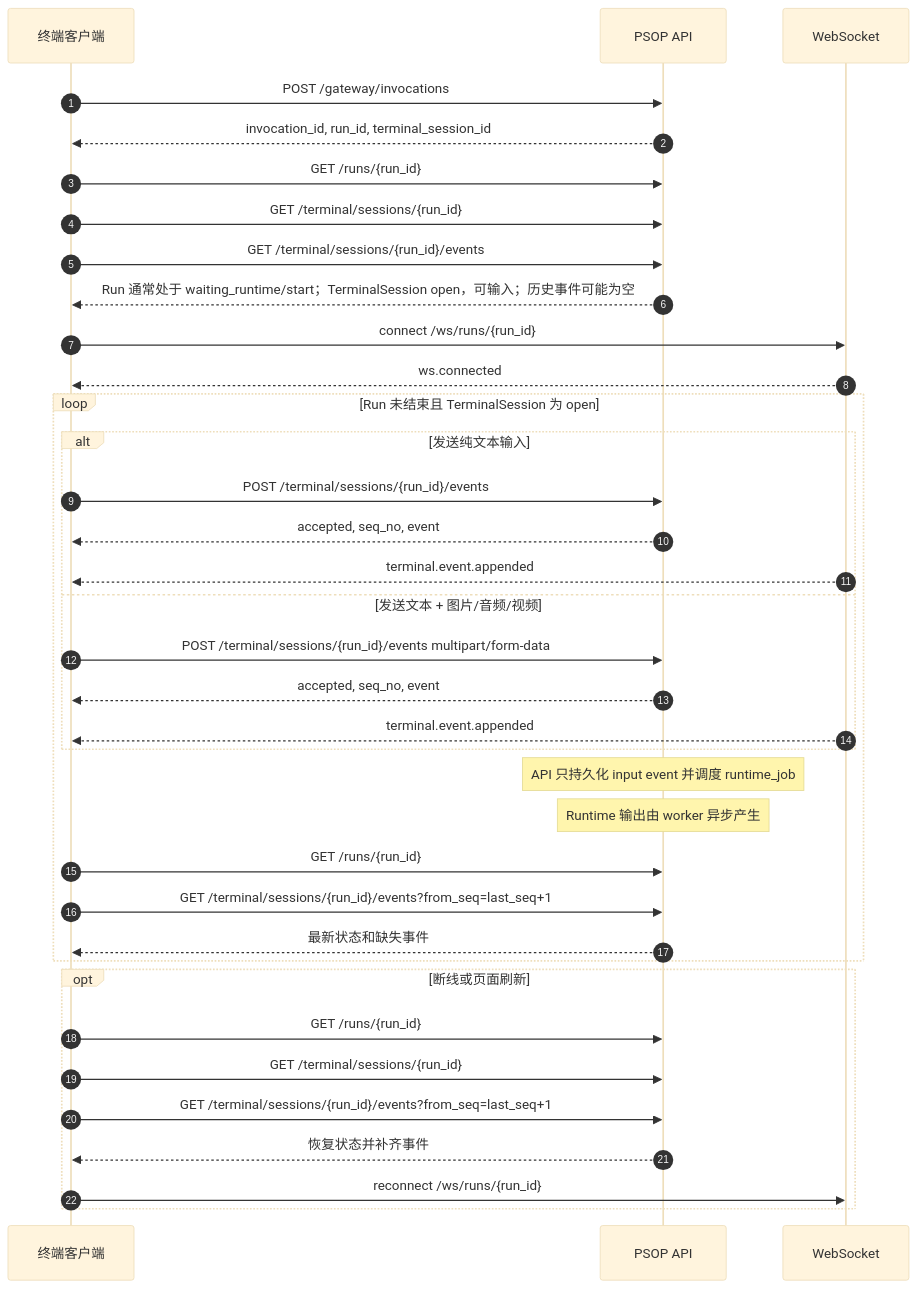
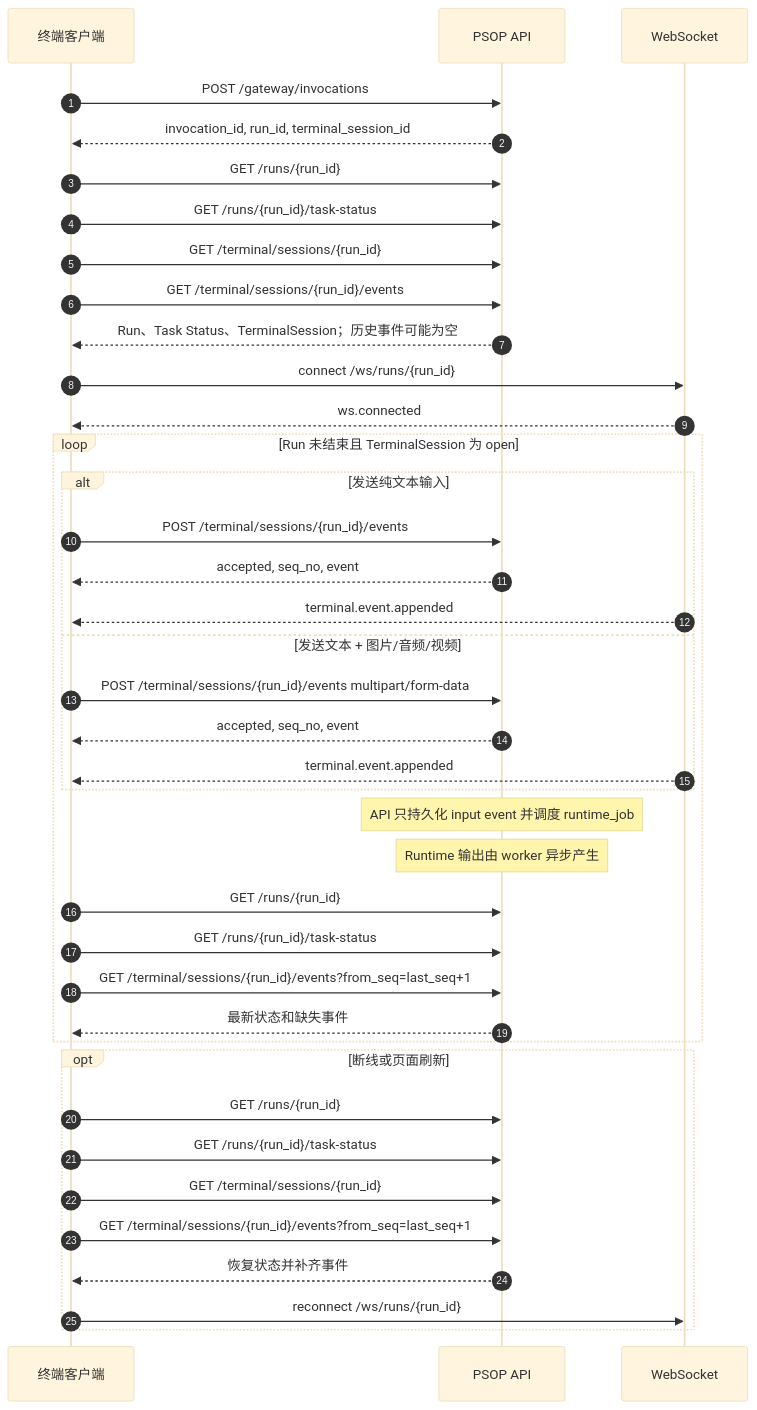
One commit to servforce/psop changed the diagram in docs/guides/terminal-integration-v1.md. Above: the diagram before and after it, drawn with Mermaid (base theme). The commit also changed other lines of this file and 20 other files, not shown here.

Commit message:
Add live run task status panel

````diff
--- a/docs/guides/terminal-integration-v1.md
+++ b/docs/guides/terminal-integration-v1.md
@@ -107,43 +115,46 @@
 ```mermaid
 sequenceDiagram
     autonumber
     participant T as 终端客户端
     participant API as PSOP API
     participant WS as WebSocket
 
     T->>API: POST /gateway/invocations
     API-->>T: invocation_id, run_id, terminal_session_id
 
     T->>API: GET /runs/{run_id}
+    T->>API: GET /runs/{run_id}/task-status
     T->>API: GET /terminal/sessions/{run_id}
     T->>API: GET /terminal/sessions/{run_id}/events
-    API-->>T: Run 通常处于 waiting_runtime/start；TerminalSession open，可输入；历史事件可能为空
+    API-->>T: Run、Task Status、TerminalSession；历史事件可能为空
 
     T->>WS: connect /ws/runs/{run_id}
     WS-->>T: ws.connected
 
     loop Run 未结束且 TerminalSession 为 open
         alt 发送纯文本输入
             T->>API: POST /terminal/sessions/{run_id}/events
             API-->>T: accepted, seq_no, event
             WS-->>T: terminal.event.appended
         else 发送文本 + 图片/音频/视频
             T->>API: POST /terminal/sessions/{run_id}/events multipart/form-data
             API-->>T: accepted, seq_no, event
             WS-->>T: terminal.event.appended
         end
         Note over API: API 只持久化 input event 并调度 runtime_job
         Note over API: Runtime 输出由 worker 异步产生
         T->>API: GET /runs/{run_id}
+        T->>API: GET /runs/{run_id}/task-status
         T->>API: GET /terminal/sessions/{run_id}/events?from_seq=last_seq+1
         API-->>T: 最新状态和缺失事件
     end
 
     opt 断线或页面刷新
         T->>API: GET /runs/{run_id}
+        T->>API: GET /runs/{run_id}/task-status
         T->>API: GET /terminal/sessions/{run_id}
         T->>API: GET /terminal/sessions/{run_id}/events?from_seq=last_seq+1
         API-->>T: 恢复状态并补齐事件
         T->>WS: reconnect /ws/runs/{run_id}
     end
 ```
````
